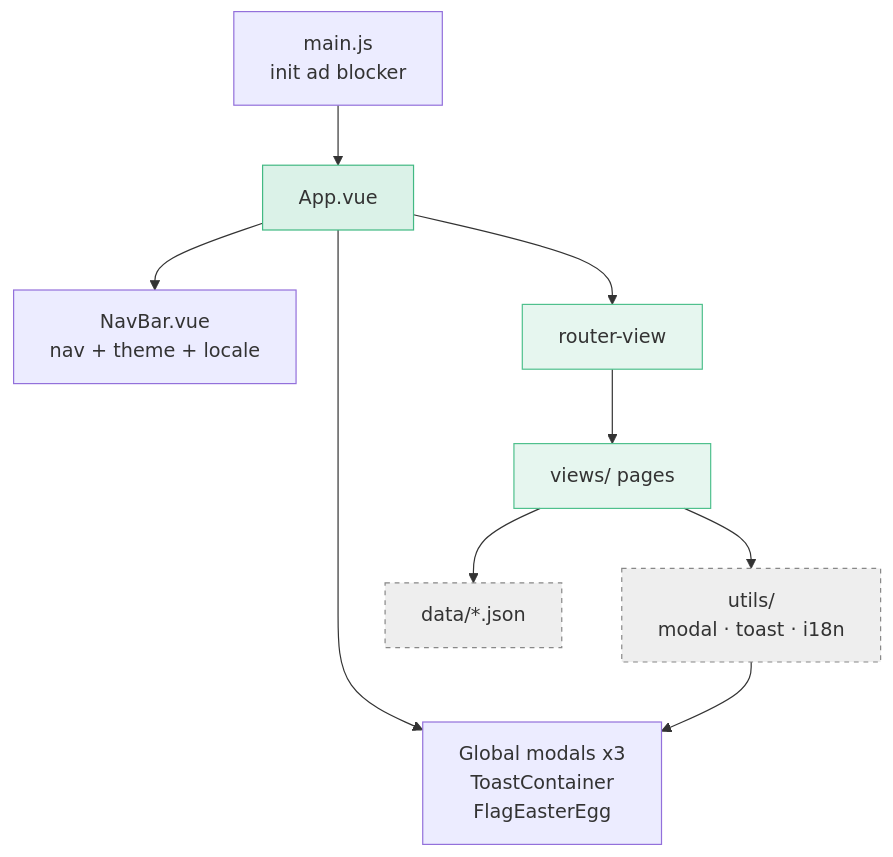
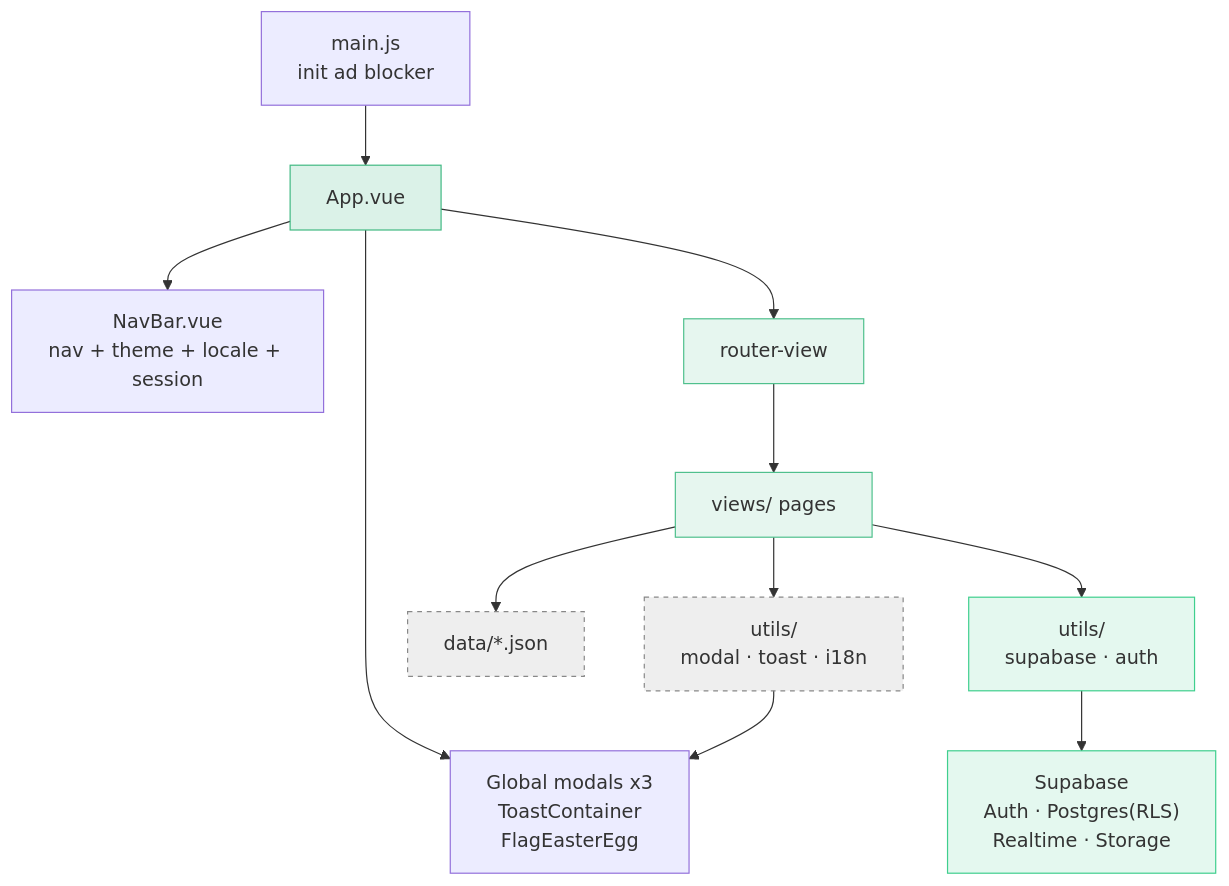
One commit to HGfds29/my-web changed the second of 2 diagrams in README.md. Above: the diagram before and after it, drawn with Mermaid. The commit also changed other lines of this file and 10 other files, not shown here.

````diff
--- a/README.md
+++ b/README.md
@@ -452,18 +593,22 @@
 ```mermaid
 flowchart TD
   A["main.js<br/>init ad blocker"] --> B["App.vue"]
-  B --> C["NavBar.vue<br/>nav + theme + locale"]
+  B --> C["NavBar.vue<br/>nav + theme + locale + session"]
   B --> D["router-view"]
   B --> E["Global modals x3<br/>ToastContainer<br/>FlagEasterEgg"]
   D --> F["views/ pages"]
   F --> G["utils/<br/>modal · toast · i18n"]
   F --> H["data/*.json"]
+  F --> S["utils/<br/>supabase · auth"]
+  S --> SB["Supabase<br/>Auth · Postgres(RLS)<br/>Realtime · Storage"]
   G --> E
 
   classDef core fill:#42b98330,stroke:#42b983,stroke-width:1px
   classDef page fill:#4FC08D24,stroke:#4FC08D,stroke-width:1px
   classDef util fill:#88888824,stroke:#888888,stroke-dasharray:4
+  classDef svc fill:#3FCF8E24,stroke:#3FCF8E,stroke-width:1px
   class B core
   class D,F page
   class G,H util
+  class S,SB svc
 ```
````
